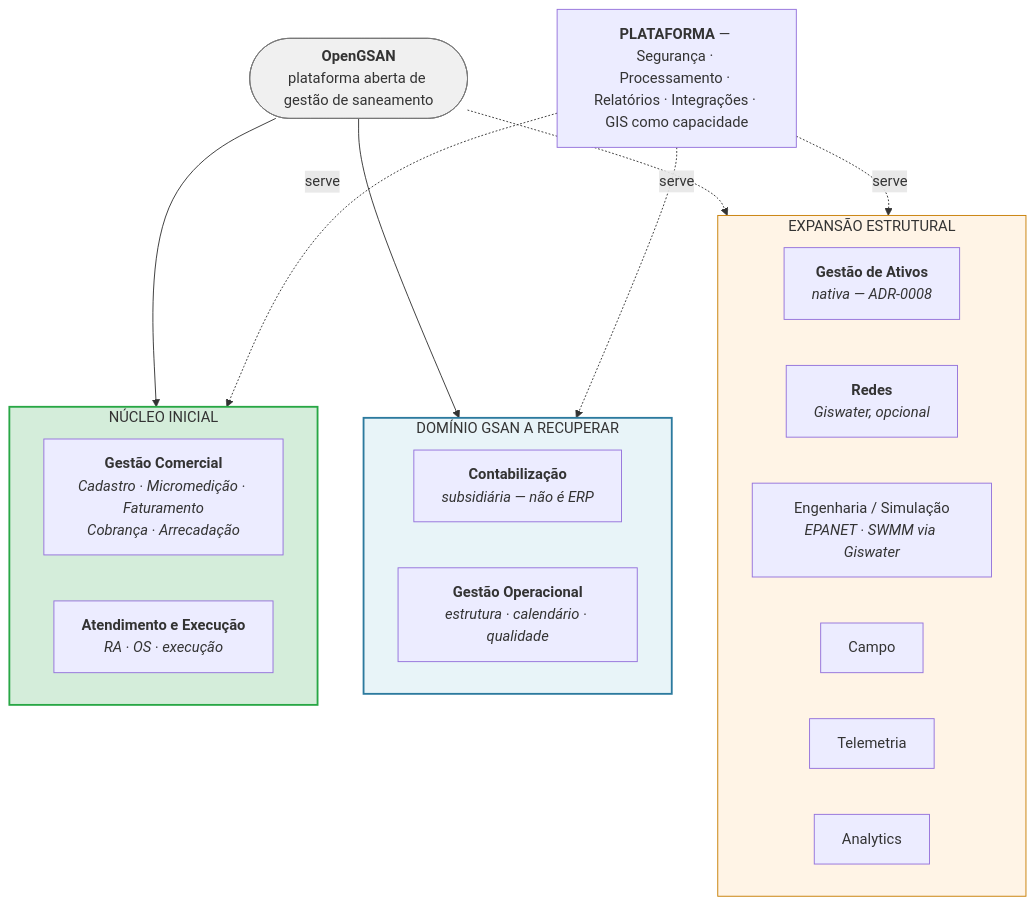
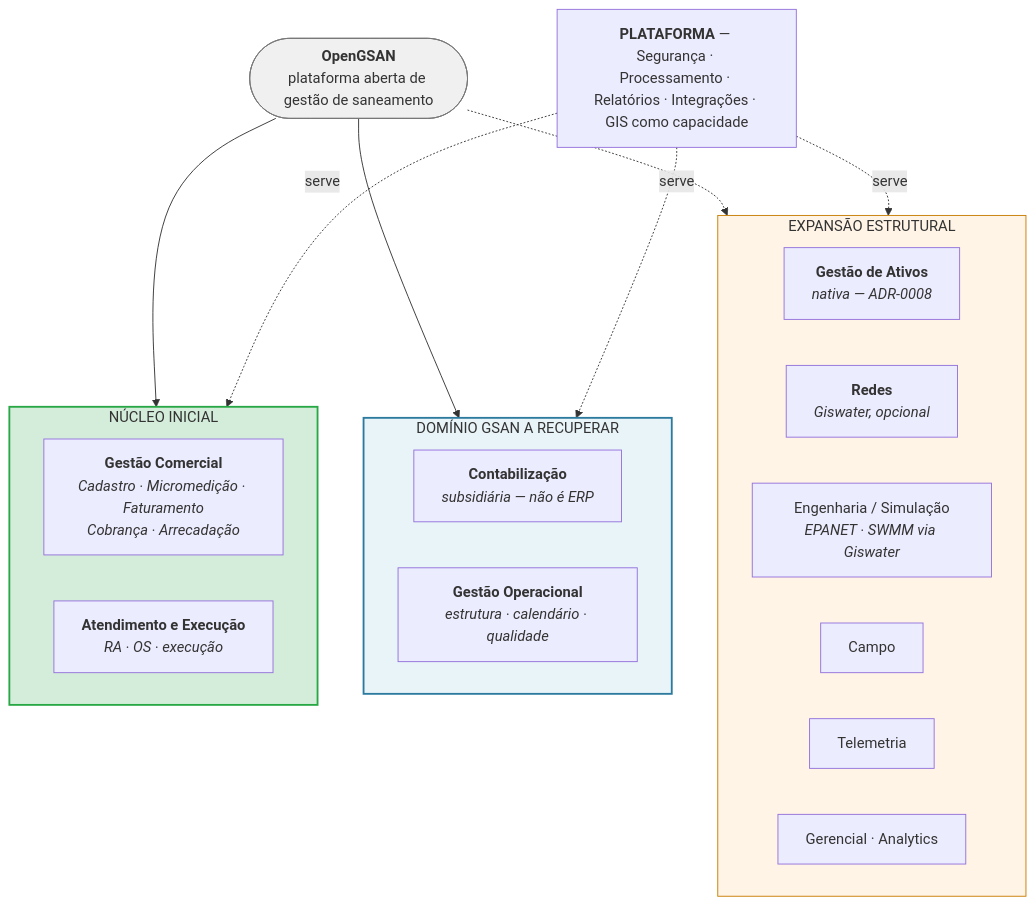
One commit to Joao-PSF/gsan changed the second of 2 diagrams in docs/modernizacao/dominio/visao-conceitual-opengsan.md. Above: the diagram before and after it, drawn with Mermaid. The commit also changed other lines of this file and 27 other files, not shown here.

````diff
--- a/docs/modernizacao/dominio/visao-conceitual-opengsan.md
+++ b/docs/modernizacao/dominio/visao-conceitual-opengsan.md
@@ -832,37 +837,37 @@
 ```mermaid
 flowchart TB
     OG(["<b>OpenGSAN</b><br/>plataforma aberta de gestão de saneamento"])
 
     subgraph NI["NÚCLEO INICIAL"]
         COM["<b>Gestão Comercial</b><br/><i>Cadastro · Micromedição · Faturamento<br/>Cobrança · Arrecadação</i>"]
         ATE["<b>Atendimento e Execução</b><br/><i>RA · OS · execução</i>"]
     end
 
     subgraph REC["DOMÍNIO GSAN A RECUPERAR"]
         CTB["<b>Contabilização</b><br/><i>subsidiária — não é ERP</i>"]
         OPE["<b>Gestão Operacional</b><br/><i>estrutura · calendário · qualidade</i>"]
     end
 
     subgraph EXP["EXPANSÃO ESTRUTURAL"]
         ATV["<b>Gestão de Ativos</b><br/><i>nativa — ADR-0008</i>"]
         RED["<b>Redes</b><br/><i>Giswater, opcional</i>"]
         ENG["Engenharia / Simulação<br/><i>EPANET · SWMM via Giswater</i>"]
         CAM["Campo"]
         TEL["Telemetria"]
-        ANA["Analytics"]
+        ANA["Gerencial · Analytics"]
     end
 
     PLAT["<b>PLATAFORMA</b> — Segurança · Processamento · Relatórios · Integrações · GIS como capacidade"]
 
     OG --> NI
     OG --> REC
     OG -.-> EXP
     PLAT -.->|serve| NI
     PLAT -.->|serve| REC
     PLAT -.->|serve| EXP
 
     style NI fill:#d4edda,stroke:#28a745,stroke-width:2px
     style REC fill:#e8f4f8,stroke:#2c7a9e,stroke-width:2px
     style EXP fill:#fff4e6,stroke:#c77d00
     style OG fill:#f0f0f0,stroke:#777
 ```
````
